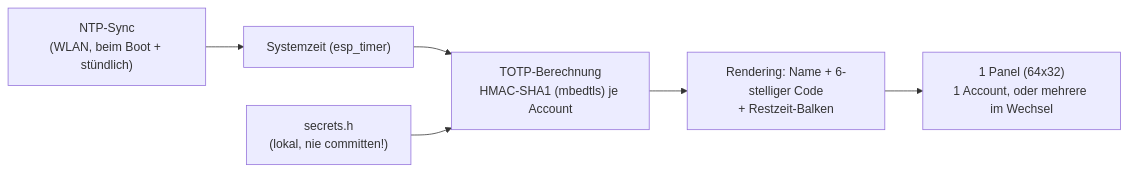
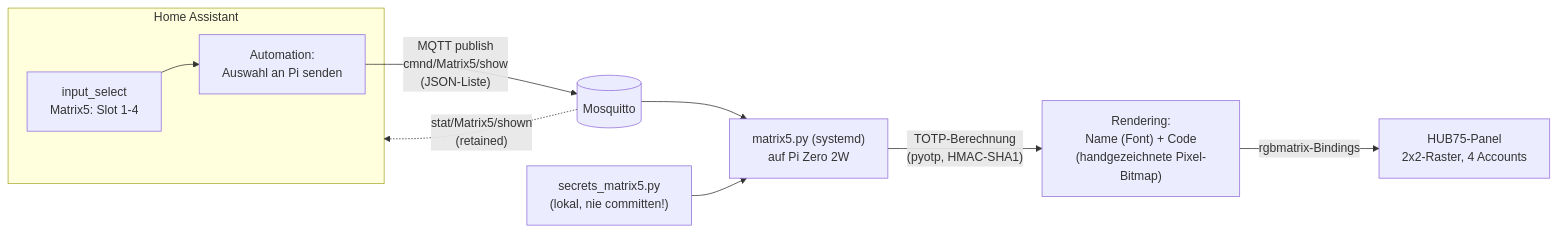
One commit to icepaule/IceMatrix changed the diagram in docs/matrix5-totp.md. Above: the diagram before and after it, drawn with Mermaid. The commit also changed other lines of this file and 8 other files, not shown here.

First line of the commit message:
Matrix5: Wechsel von ESP32-S3 auf Raspberry Pi Zero 2W

````diff
--- a/docs/matrix5-totp.md
+++ b/docs/matrix5-totp.md
@@ -121,8 +103,14 @@
 ```mermaid
 flowchart LR
-    NTP["NTP-Sync<br/>(WLAN, beim Boot + stündlich)"] --> Time["Systemzeit (esp_timer)"]
-    Time --> TOTP["TOTP-Berechnung<br/>HMAC-SHA1 (mbedtls) je Account"]
-    Secrets["secrets.h<br/>(lokal, nie committen!)"] --> TOTP
-    TOTP --> Render["Rendering: Name + 6-stelliger Code<br/>+ Restzeit-Balken"]
-    Render --> P1["1 Panel (64x32)<br/>1 Account, oder mehrere im Wechsel"]
+    subgraph HA["Home Assistant"]
+        S1["input_select<br/>Matrix5: Slot 1-4"]
+        AUTO["Automation:<br/>Auswahl an Pi senden"]
+    end
+    S1 --> AUTO
+    AUTO -->|"MQTT publish<br/>cmnd/Matrix5/show<br/>(JSON-Liste)"| MQTT[("Mosquitto")]
+    MQTT --> SVC["matrix5.py (systemd)<br/>auf Pi Zero 2W"]
+    SECRETS["secrets_matrix5.py<br/>(lokal, nie committen!)"] --> SVC
+    SVC -->|"TOTP-Berechnung<br/>(pyotp, HMAC-SHA1)"| RENDER["Rendering:<br/>Name (Font) + Code<br/>(handgezeichnete Pixel-Bitmap)"]
+    RENDER -->|"rgbmatrix-Bindings"| PANEL["HUB75-Panel<br/>2x2-Raster, 4 Accounts"]
+    MQTT -.->|"stat/Matrix5/shown<br/>(retained)"| HA
 ```
````
